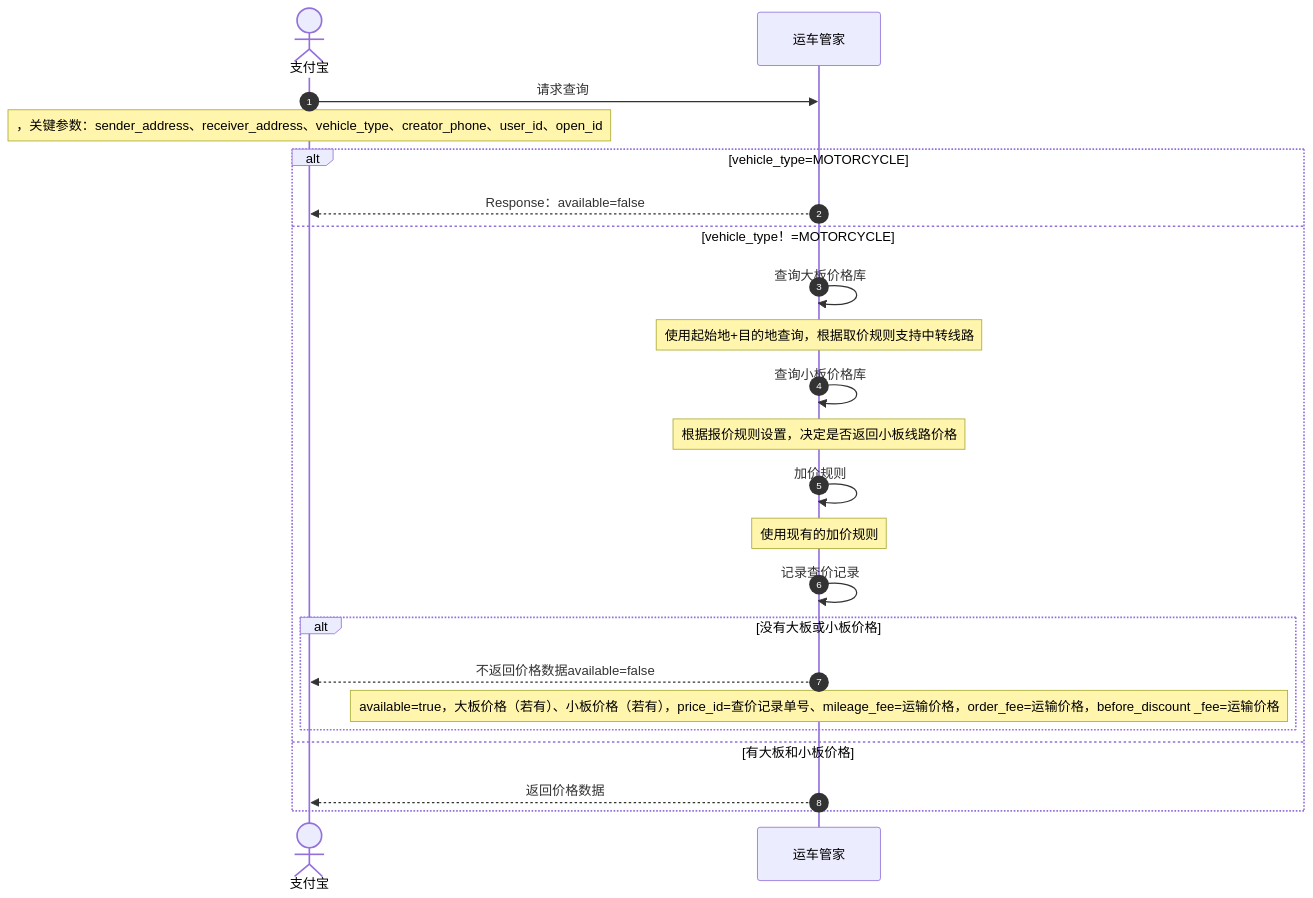
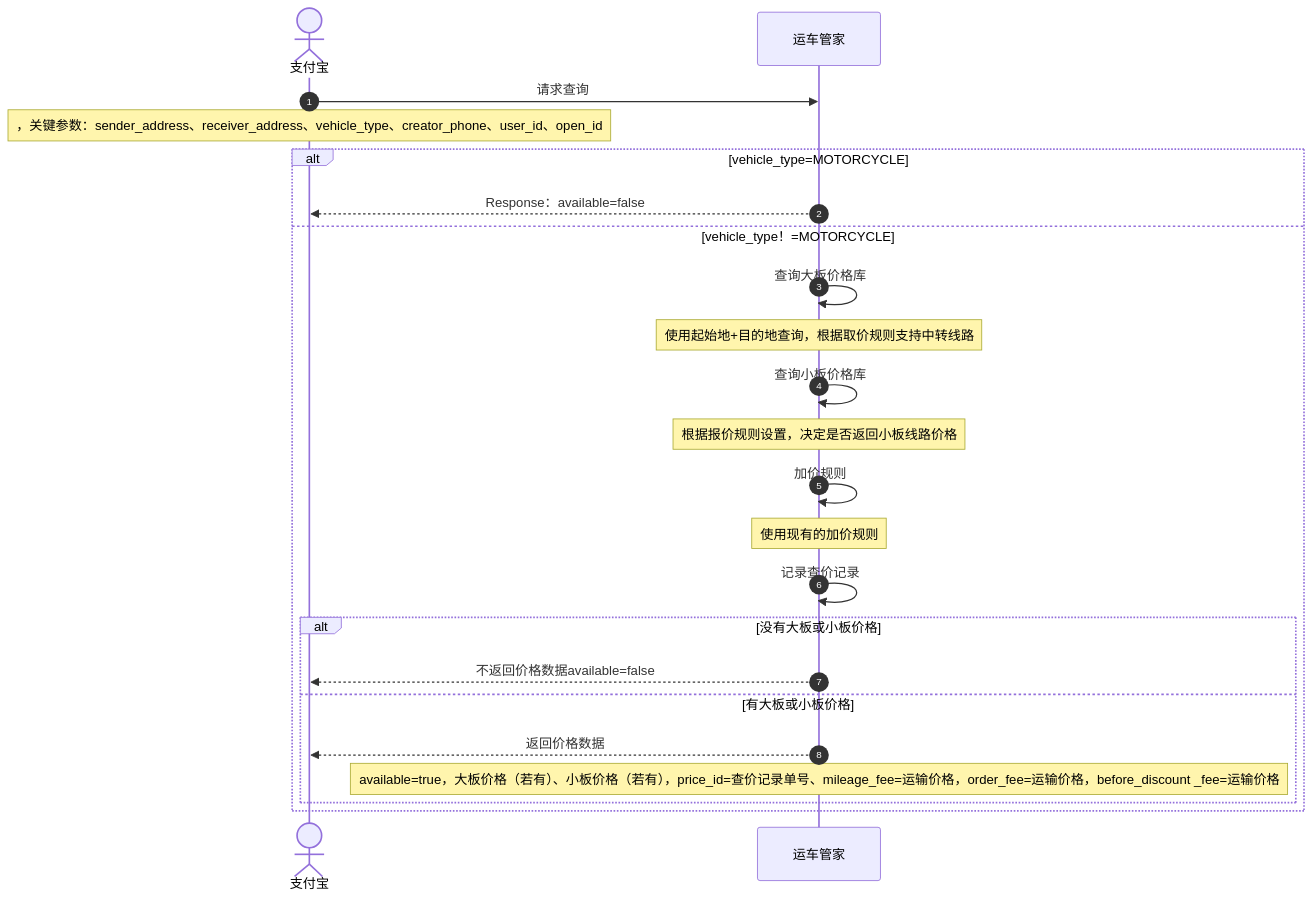
One commit to pingpm/mermaid_vault changed the diagram in notes/运价查询接口_b66f33fe-f22a-4010-b0a8-42139f03c121.md. Above: the diagram before and after it, drawn with Mermaid. The commit also changed 3 other files, not shown here.

Commit message:
Sync Mermaid Studio data (17 diagrams)

````diff
--- a/notes/运价查询接口_b66f33fe-f22a-4010-b0a8-42139f03c121.md
+++ b/notes/运价查询接口_b66f33fe-f22a-4010-b0a8-42139f03c121.md
@@ -3,26 +3,26 @@
 ```mermaid
 sequenceDiagram
   autonumber
   actor p0 as 支付宝
   participant p1 as 运车管家
   p0->>p1: 请求查询
   Note over p0: ，关键参数：sender_address、receiver_address、vehicle_type、creator_phone、user_id、open_id
   alt vehicle_type=MOTORCYCLE
   p1-->>p0: Response：available=false
   else vehicle_type！=MOTORCYCLE
   p1->>p1: 查询大板价格库
   Note over p1: 使用起始地+目的地查询，根据取价规则支持中转线路
   p1->>p1: 查询小板价格库
   Note over p1: 根据报价规则设置，决定是否返回小板线路价格
   p1->>p1: 加价规则
   Note over p1: 使用现有的加价规则
   p1->>p1: 记录查价记录
   alt 没有大板或小板价格
   p1-->>p0: 不返回价格数据available=false
+  else 有大板或小板价格
+  p1-->>p0: 返回价格数据
   Note over p1: available=true，大板价格（若有）、小板价格（若有），price_id=查价记录单号、mileage_fee=运输价格，order_fee=运输价格，before_discount _fee=运输价格
   end
-  else 有大板和小板价格
-  p1-->>p0: 返回价格数据
   end
 
 ```
````
